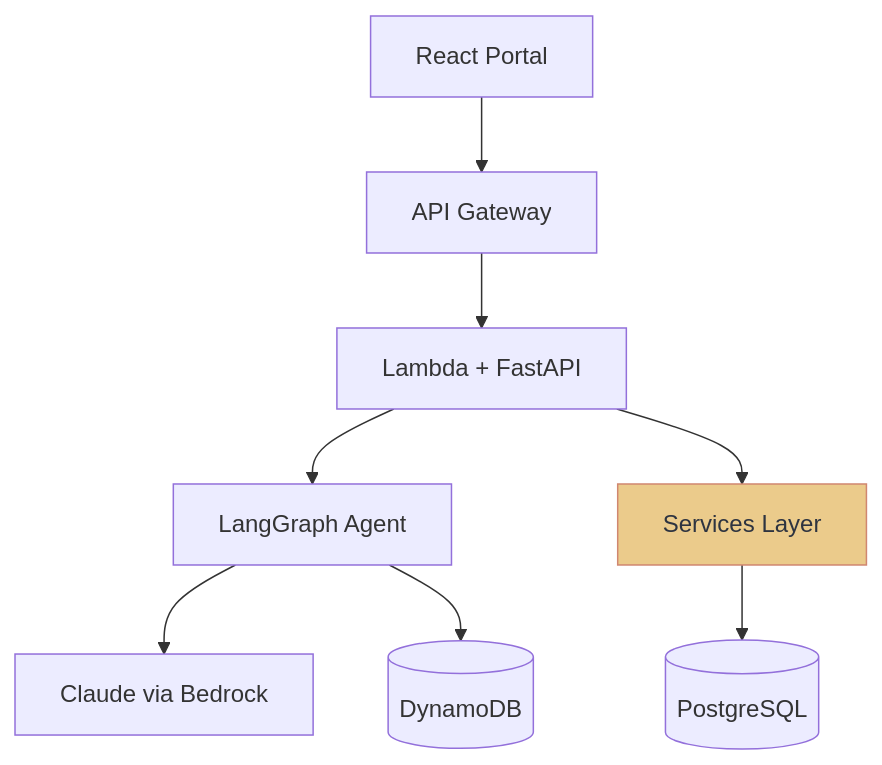
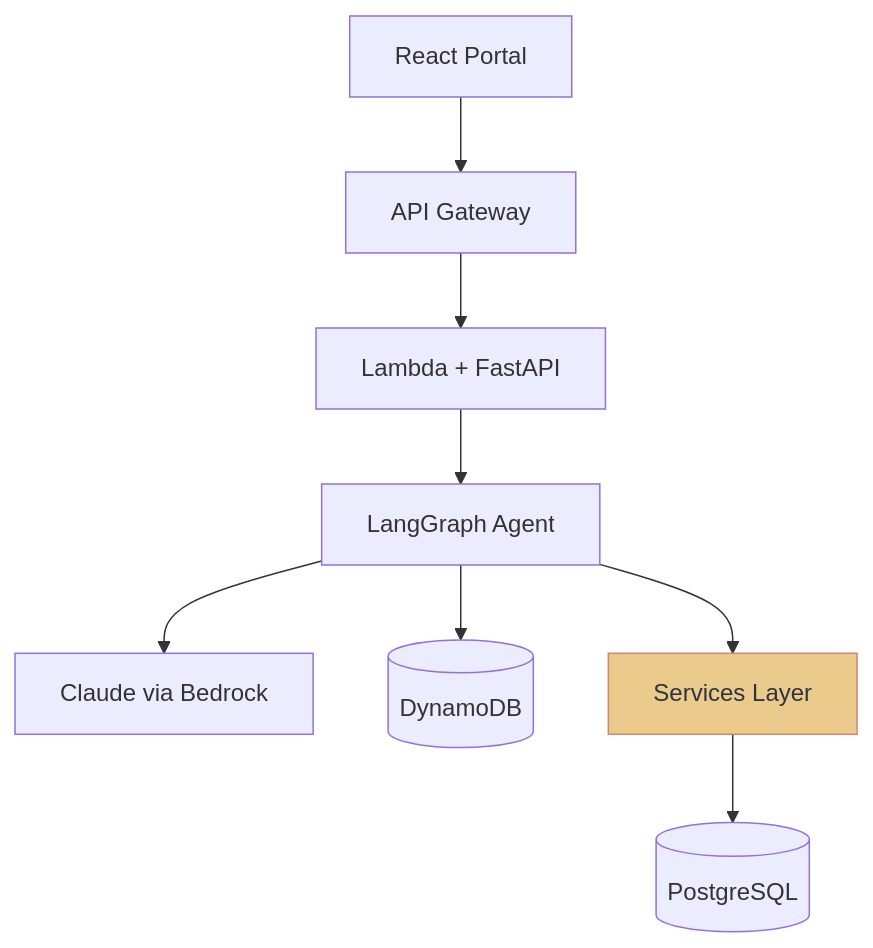
One commit to brandonvio/brightthread changed the second of 2 diagrams in docs/poc.md. Above: the diagram before and after it, drawn with Mermaid. The commit also changed 1 other file, not shown here.

Commit message:
design docs...

````diff
--- a/docs/poc.md
+++ b/docs/poc.md
@@ -66,15 +66,14 @@
 ```mermaid
 flowchart TB
     UI[React Portal] --> APIGW[API Gateway]
     APIGW --> Lambda[Lambda + FastAPI]
-
     Lambda --> Agent[LangGraph Agent]
-    Lambda --> Svc[Services Layer]
 
     Agent --> Bedrock[Claude via Bedrock]
     Agent --> DDB[(DynamoDB)]
+    Agent --> Svc[Services Layer]
 
     Svc --> RDS[(PostgreSQL)]
 
     style Svc fill:#EBCB8B,stroke:#D08770,color:#2E3440
 ```
````
